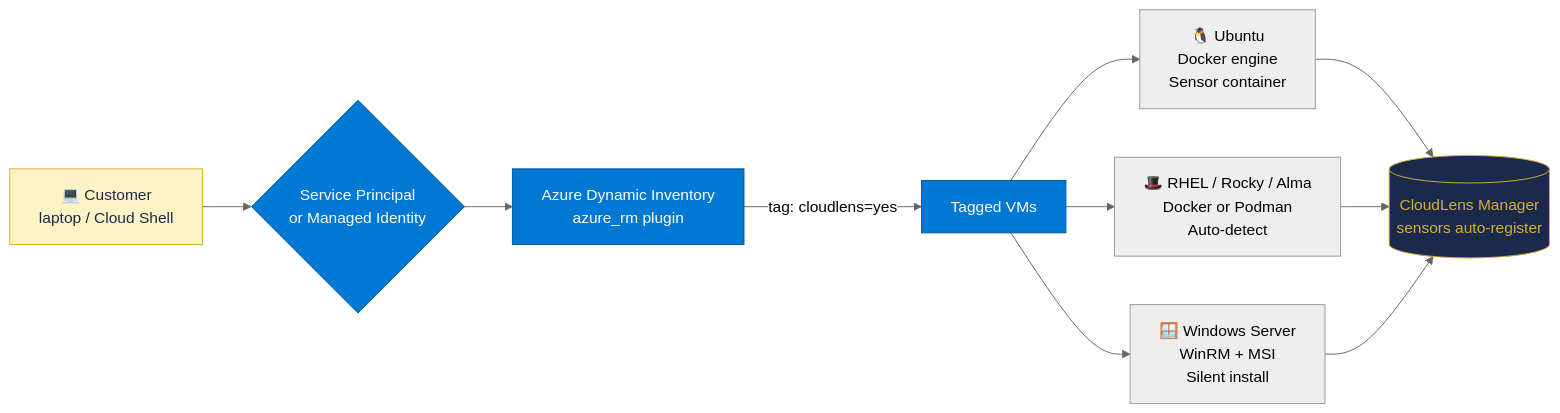
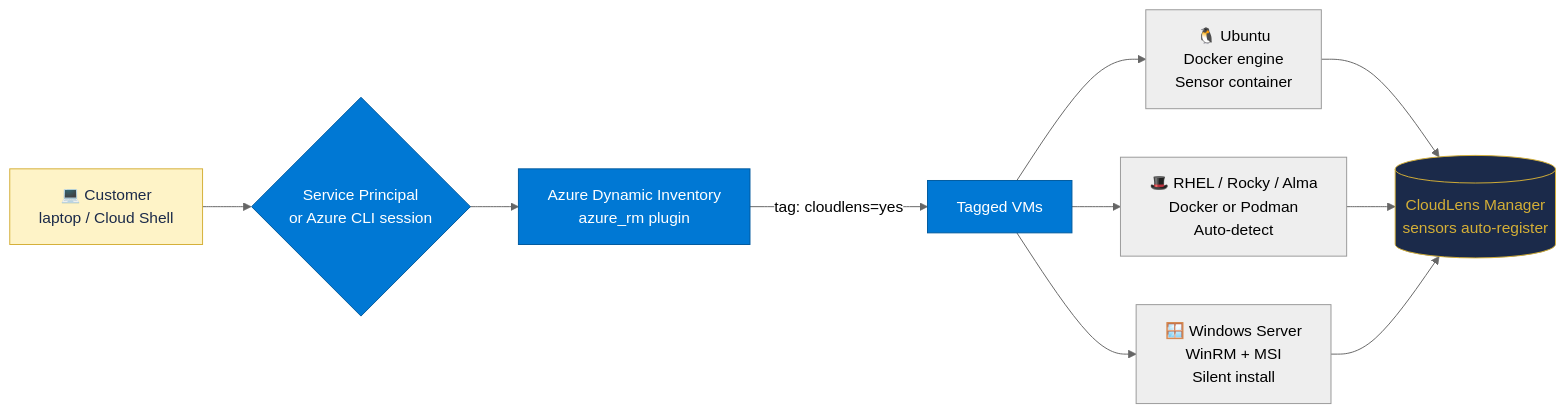
One commit to Keysight-Tech/cloudlens-ansible-azure changed the second of 2 diagrams in README.md. Above: the diagram before and after it, drawn with Mermaid (neutral theme). The commit also changed other lines of this file and 25 other files, not shown here.

````diff
--- a/README.md
+++ b/README.md
@@ -411,19 +445,19 @@
 ```mermaid
 graph LR
-    Customer[💻 Customer<br/>laptop / Cloud Shell] --> Auth{Service Principal<br/>or Managed Identity}
+    Customer[💻 Customer<br/>laptop / Cloud Shell] --> Auth{Service Principal<br/>or Azure CLI session}
     Auth --> Inventory[Azure Dynamic Inventory<br/>azure_rm plugin]
     Inventory -->|tag: cloudlens=yes| Discover[Tagged VMs]
     Discover --> Ubuntu[🐧 Ubuntu<br/>Docker engine<br/>Sensor container]
     Discover --> RHEL[🎩 RHEL / Rocky / Alma<br/>Docker or Podman<br/>Auto-detect]
     Discover --> Windows[🪟 Windows Server<br/>WinRM + MSI<br/>Silent install]
     Ubuntu --> CLMS[(CloudLens Manager<br/>sensors auto-register)]
     RHEL --> CLMS
     Windows --> CLMS
 
     classDef azure fill:#0078D4,stroke:#005A9E,color:#fff
     classDef customer fill:#fef3c7,stroke:#D4AF37,color:#1B2A4A
     classDef clms fill:#1B2A4A,stroke:#D4AF37,color:#D4AF37
     class Auth,Inventory,Discover azure
     class Customer customer
     class CLMS clms
 ```
````
